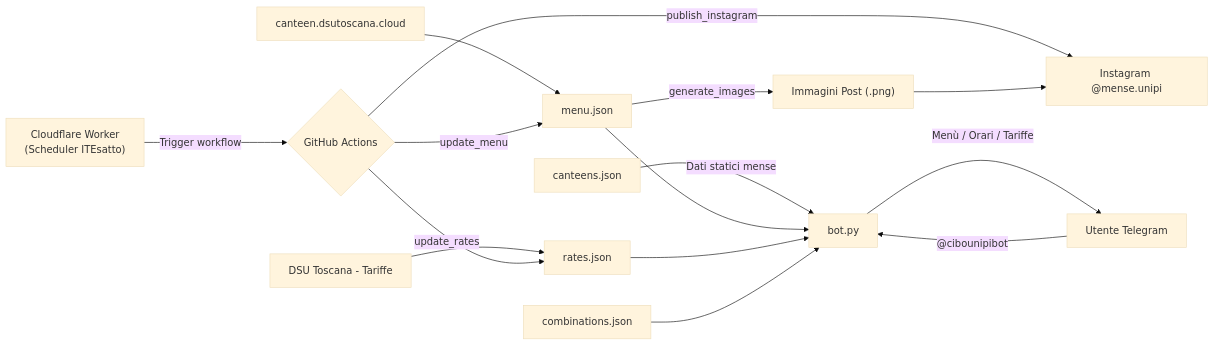
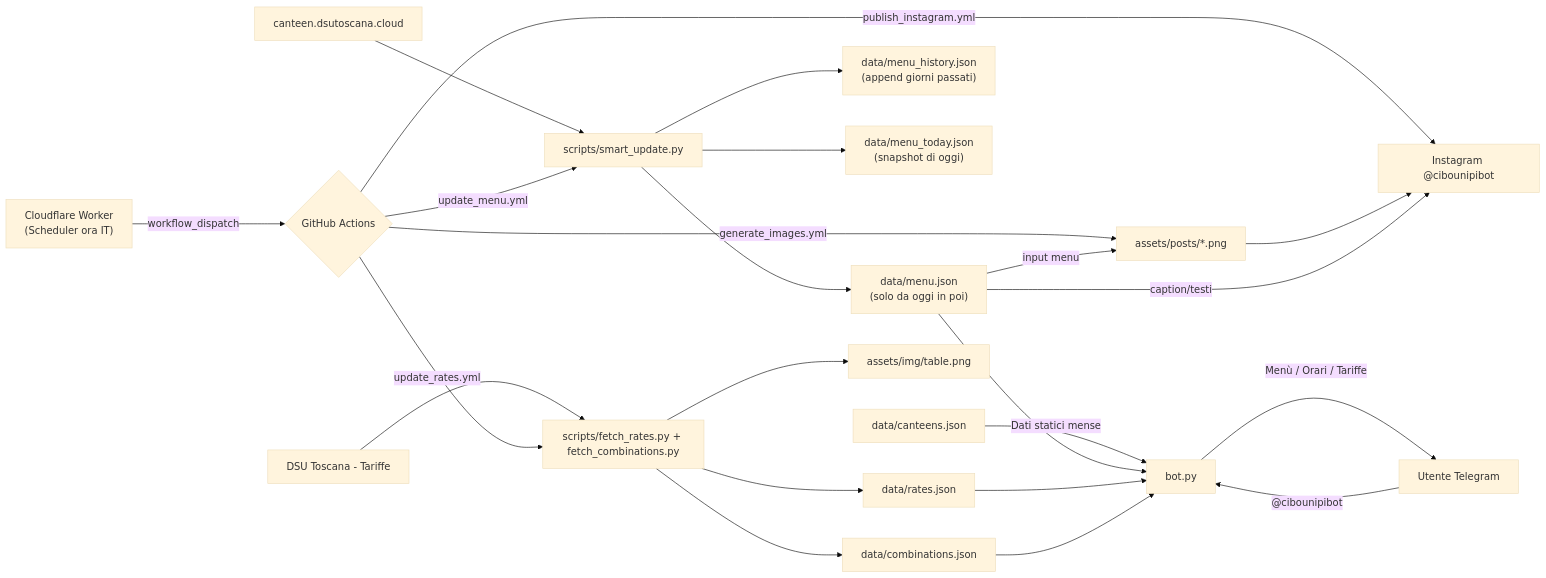
Before and after one commit to plumkewe/mense-unipi-bot: the diagram in README.md, drawn with Mermaid (base theme). The commit also changed other lines of this file, not shown here.

````diff
--- a/README.md
+++ b/README.md
@@ -84,21 +86,32 @@
 ```mermaid
 graph LR
-    A["canteen.dsutoscana.cloud"] --> B["menu.json"]
-    C["DSU Toscana - Tariffe"] --> D["rates.json"]
-    E["canteens.json"] -->|Dati statici mense| F["bot.py"]
+  A["canteen.dsutoscana.cloud"] --> U["scripts/smart_update.py"]
+  C["DSU Toscana - Tariffe"] --> R["scripts/fetch_rates.py + fetch_combinations.py"]
 
-    G["Cloudflare Worker<br>(Scheduler ITEsatto)"] -->|Trigger workflow| H{"GitHub Actions"}
+  G["Cloudflare Worker<br>(Scheduler ora IT)"] -->|workflow_dispatch| H{"GitHub Actions"}
 
-    H -->|update_menu| B
-    H -->|update_rates| D
-    B -->|generate_images| I["Immagini Post (.png)"]
-    H -->|publish_instagram| J["Instagram @mense.unipi"]
-    I --> J
+  H -->|update_menu.yml| U
+  U --> B["data/menu.json<br>(solo da oggi in poi)"]
+  U --> BH["data/menu_history.json<br>(append giorni passati)"]
+  U --> BT["data/menu_today.json<br>(snapshot di oggi)"]
 
-    B --> F
-    D --> F
-    K["combinations.json"] --> F
+  H -->|update_rates.yml| R
+  R --> D["data/rates.json"]
+  R --> K["data/combinations.json"]
+  R --> T["assets/img/table.png"]
 
-    F -->|"Menù / Orari / Tariffe"| L["Utente Telegram"]
-    L -->|"@cibounipibot"| F
+  H -->|generate_images.yml| I["assets/posts/*.png"]
+  B -->|input menu| I
+
+  H -->|publish_instagram.yml| J["Instagram @cibounipibot"]
+  I --> J
+  B -->|caption/testi| J
+
+  E["data/canteens.json"] -->|Dati statici mense| F["bot.py"]
+  B --> F
+  D --> F
+  K --> F
+
+  F -->|"Menù / Orari / Tariffe"| L["Utente Telegram"]
+  L -->|"@cibounipibot"| F
 ```
````
